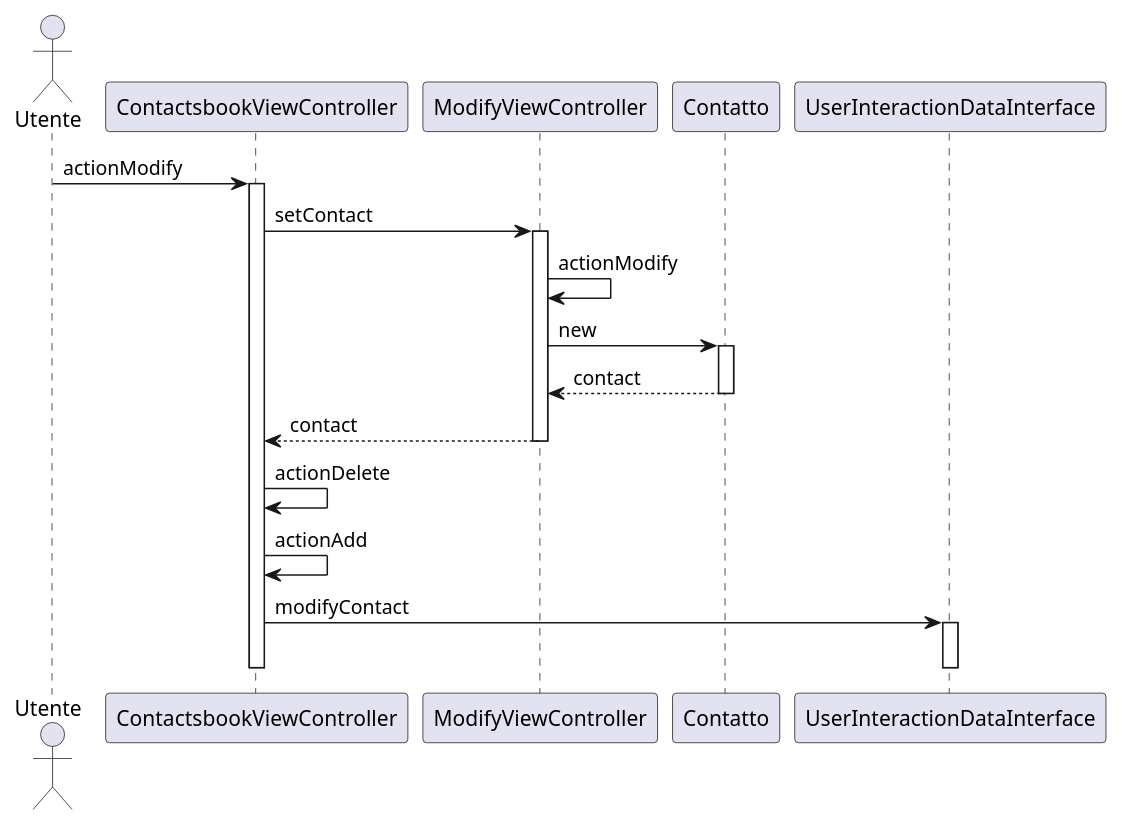
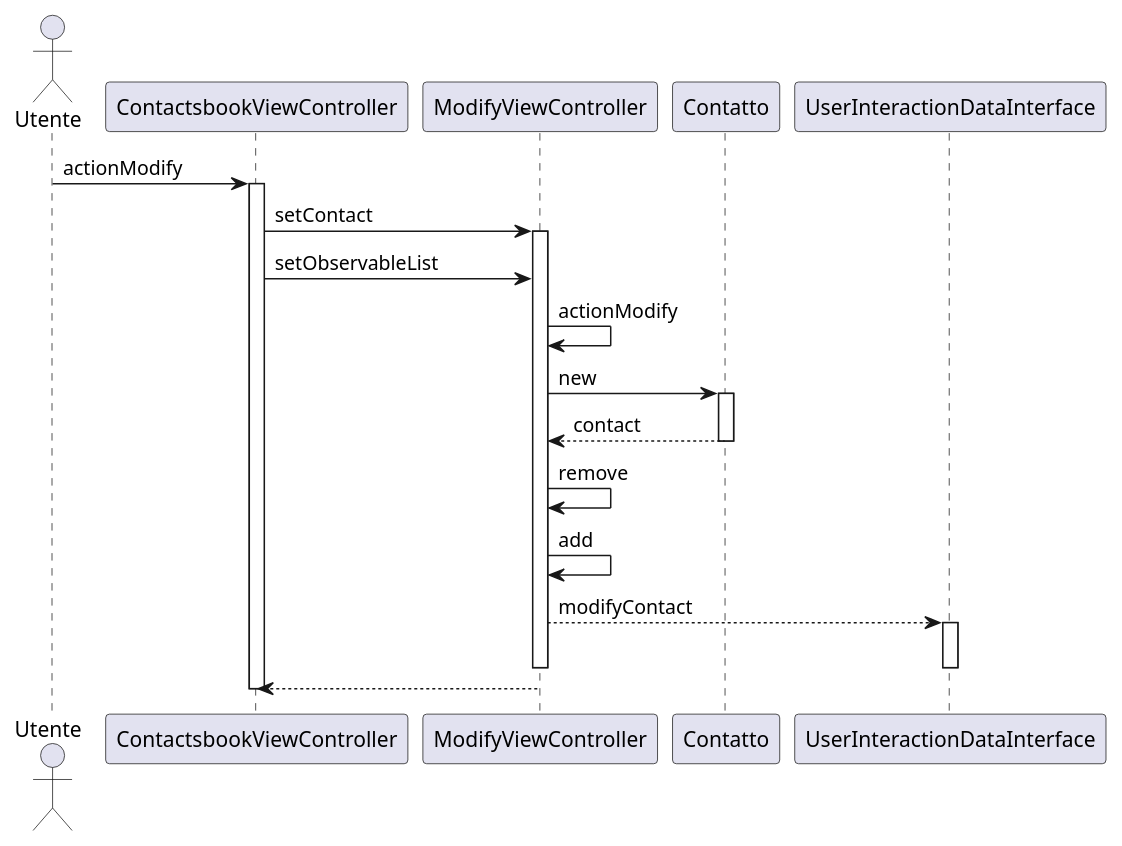
The diagram in src/main/resources/SequenceDiagrams/SequenceDiagram_actionModify.puml (CupoMeridio/Ingegneria-del-software-2024-2025), drawn with PlantUML before and after one commit. The commit also changed 3 other files, not shown here.

Commit message:
actionModify e modifiche al sequencediagram + documentazione doxygen in AddViewController e ModifyViewController

```diff
--- a/src/main/resources/SequenceDiagrams/SequenceDiagram_actionModify.puml
+++ b/src/main/resources/SequenceDiagrams/SequenceDiagram_actionModify.puml
@@ -1,26 +1,27 @@
 @startuml
 actor Utente
 participant ContactsbookViewController
 participant ModifyViewController
 participant "Contatto" as Contact
 participant UserInteractionDataInterface
 
 
 Utente -> ContactsbookViewController: actionModify
 activate ContactsbookViewController
 ContactsbookViewController->ModifyViewController: setContact
 activate ModifyViewController
+ContactsbookViewController->ModifyViewController: setObservableList
 ModifyViewController -> ModifyViewController: actionModify
 ModifyViewController->Contact: new
 activate Contact
 Contact-->ModifyViewController: contact
 deactivate Contact
-ModifyViewController-->ContactsbookViewController: contact
+ModifyViewController->ModifyViewController: remove
+ModifyViewController->ModifyViewController: add
+ModifyViewController-->UserInteractionDataInterface: modifyContact
+activate UserInteractionDataInterface
 deactivate ModifyViewController
-ContactsbookViewController->ContactsbookViewController: actionDelete
-ContactsbookViewController->ContactsbookViewController: actionAdd
-ContactsbookViewController->UserInteractionDataInterface: modifyContact
-activate UserInteractionDataInterface
 deactivate UserInteractionDataInterface
+ModifyViewController-->ContactsbookViewController
 deactivate ContactsbookViewController
 @enduml 
```
